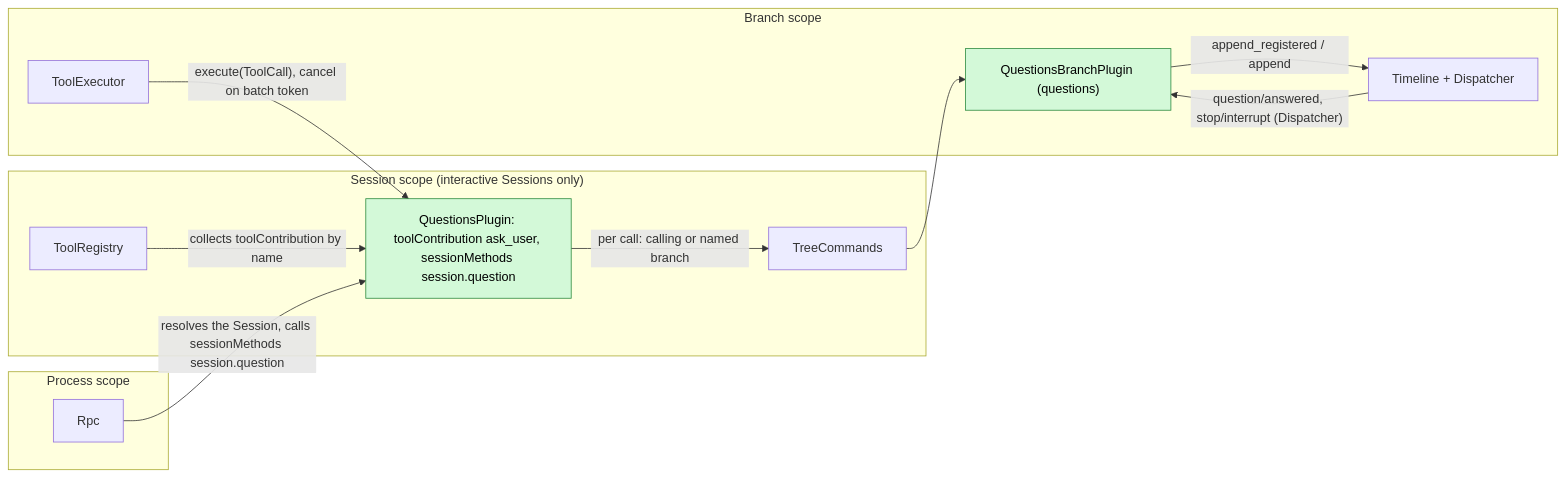
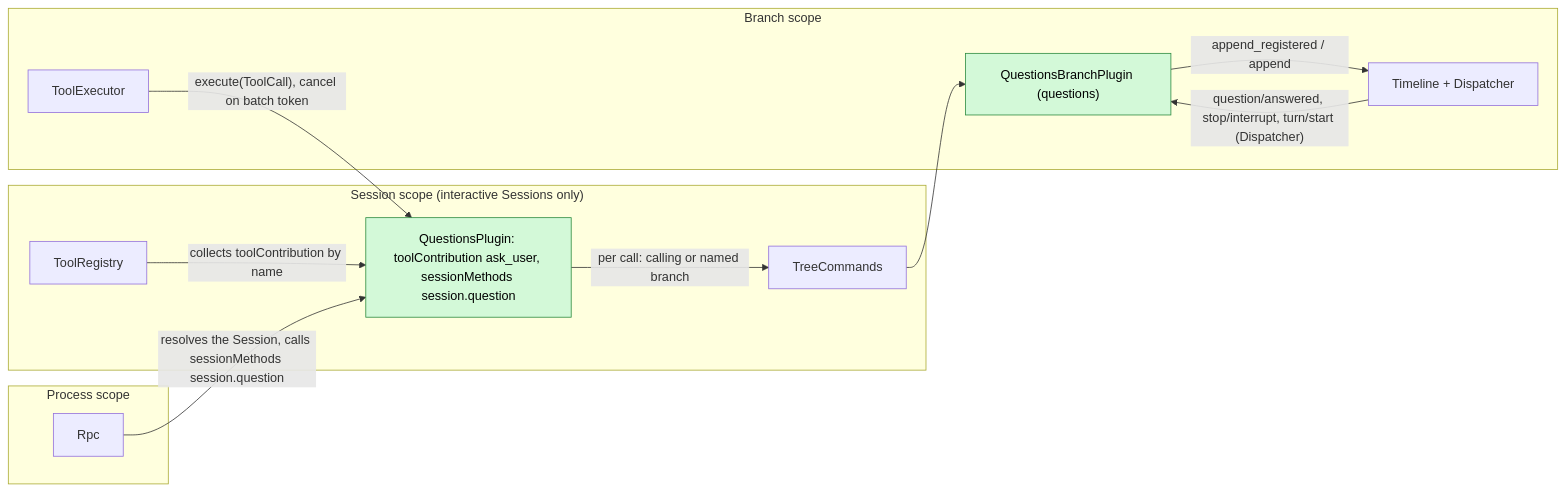
The first of 6 diagrams in docs/design/plugins/Questions.md (CoutinhoTTS/dim-agent), drawn with Mermaid before and after one commit. The commit also changed other lines of this file and 40 other files, not shown here.

````diff
--- a/docs/design/plugins/Questions.md
+++ b/docs/design/plugins/Questions.md
@@ -9,24 +9,24 @@
 ```mermaid
 flowchart LR
   subgraph S["Session scope (interactive Sessions only)"]
     QS["QuestionsPlugin: toolContribution ask_user, sessionMethods session.question"]:::new
     TR["ToolRegistry"]
     TC["TreeCommands"]
   end
   subgraph P["Process scope"]
     RPC["Rpc"]
   end
   subgraph B["Branch scope"]
     QB["QuestionsBranchPlugin (questions)"]:::new
     TE["ToolExecutor"]
     TL["Timeline + Dispatcher"]
   end
   TR -- "collects toolContribution by name" --> QS
   RPC -- "resolves the Session, calls sessionMethods session.question" --> QS
   QS -- "per call: calling or named branch" --> TC
   TC --> QB
   TE -- "execute(ToolCall), cancel on batch token" --> QS
   QB -- "append_registered / append" --> TL
-  TL -- "question/answered, stop/interrupt (Dispatcher)" --> QB
+  TL -- "question/answered, stop/interrupt, turn/start (Dispatcher)" --> QB
   classDef new fill:#d3f9d8,stroke:#2b8a3e,color:#000
 ```
````
